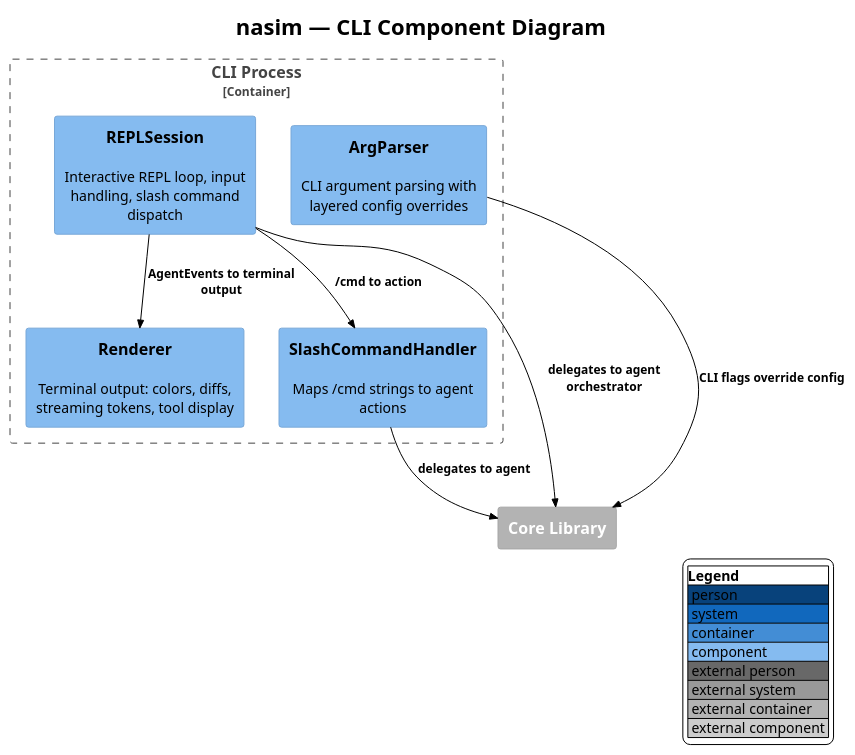
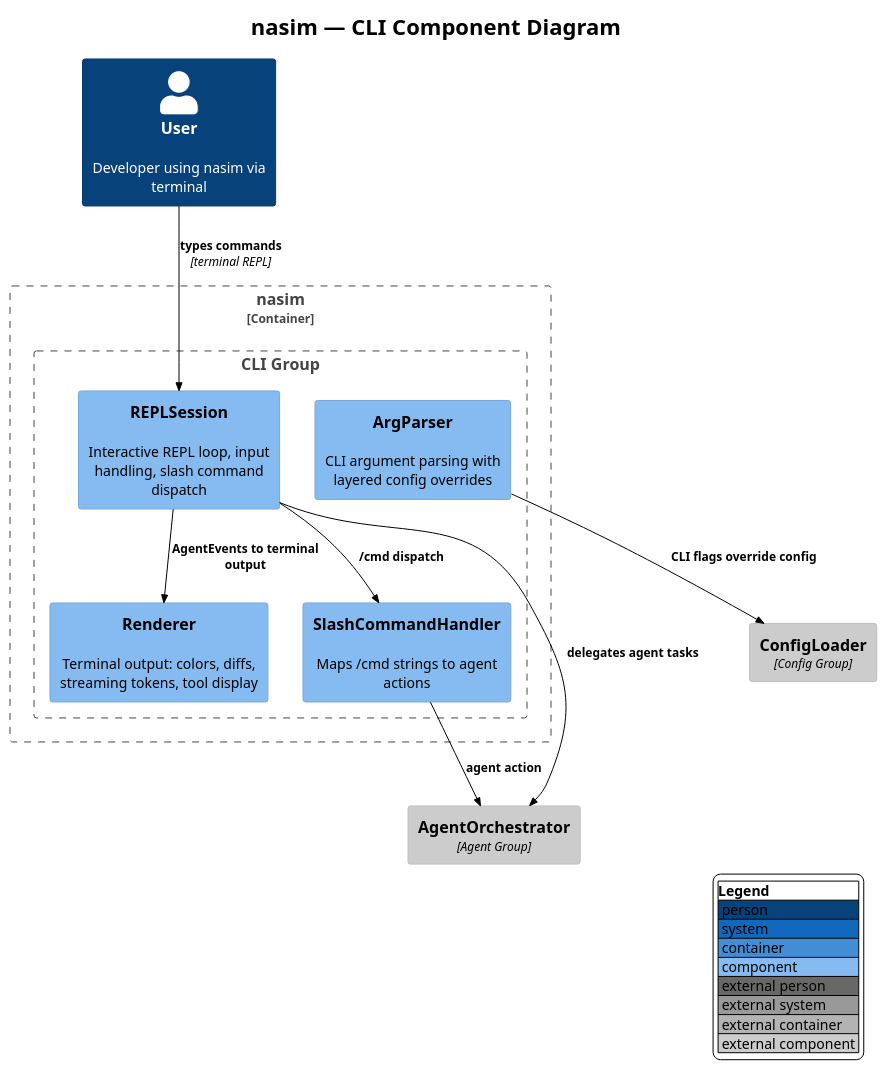
The diagram in docs/C4/c4_nasim_component_cli.puml (salimnamvar/nasim), drawn with PlantUML before and after one commit. The commit also changed 24 other files, not shown here.

First line of the commit message:
docs(c4): audit and fix all C4 diagrams to 9.0.0 standards

```diff
--- a/docs/C4/c4_nasim_component_cli.puml
+++ b/docs/C4/c4_nasim_component_cli.puml
@@ -1,34 +1,42 @@
 @startuml c4_nasim_component_cli
 !include https://raw.githubusercontent.com/plantuml-stdlib/C4-PlantUML/v2.10.0/C4_Component.puml
 !theme plain
 
-
 ' ============================================================
 ' Title:     nasim — CLI Component Diagram
-' Boundary:  nasim CLI process
-' Purpose:   CLI layer internal components
+' Boundary:  nasim (container) — CLI Group
+' Purpose:   CLI Group: Controller layer for terminal users.
+'            REPLSession is the entry point; it delegates to
+'            AgentOrchestrator (Service layer) and renders
+'            AgentEvents to terminal via Renderer.
 ' Milestone: v1.0
-' Version:   6.0.0
-' Source:    docs/prompt/p1.md — corrective architecture review
-' Review:    docs/audit/audit.2026.06.20.comprehensive.reference.audit.md
+' Version:   9.0.0
+' Source:    docs/entities.md
+' Review:    —
 ' ============================================================
 
 LAYOUT_WITH_LEGEND()
 title nasim — CLI Component Diagram
 
-Container_Boundary(cli_boundary, "CLI Process") {
-    Component(arg_parser, "ArgParser", "", "CLI argument parsing with layered config overrides")
-    Component(repl_session, "REPLSession", "", "Interactive REPL loop, input handling, slash command dispatch")
-    Component(renderer, "Renderer", "", "Terminal output: colors, diffs, streaming tokens, tool display")
-    Component(slash_handler, "SlashCommandHandler", "", "Maps /cmd strings to agent actions")
+Person(user, "User", "Developer using nasim via terminal")
+
+Container_Boundary(nasim, "nasim") {
+    Boundary(cli_group, "CLI Group") {
+        Component(arg_parser, "ArgParser", "", "CLI argument parsing with layered config overrides")
+        Component(repl_session, "REPLSession", "", "Interactive REPL loop, input handling, slash command dispatch")
+        Component(renderer, "Renderer", "", "Terminal output: colors, diffs, streaming tokens, tool display")
+        Component(slash_handler, "SlashCommandHandler", "", "Maps /cmd strings to agent actions")
+    }
 }
 
-Container_Ext(core_library, "Core Library")
+Component_Ext(agent_orch, "AgentOrchestrator", "Agent Group")
+Component_Ext(config_loader, "ConfigLoader", "Config Group")
 
-Rel(repl_session, core_library, "delegates to agent orchestrator")
+Rel(user, repl_session, "types commands", "terminal REPL")
+Rel(repl_session, agent_orch, "delegates agent tasks")
 Rel(repl_session, renderer, "AgentEvents to terminal output")
-Rel(repl_session, slash_handler, "/cmd to action")
-Rel(slash_handler, core_library, "delegates to agent")
-Rel(arg_parser, core_library, "CLI flags override config")
+Rel(repl_session, slash_handler, "/cmd dispatch")
+Rel(slash_handler, agent_orch, "agent action")
+Rel(arg_parser, config_loader, "CLI flags override config")
 
 @enduml
```
